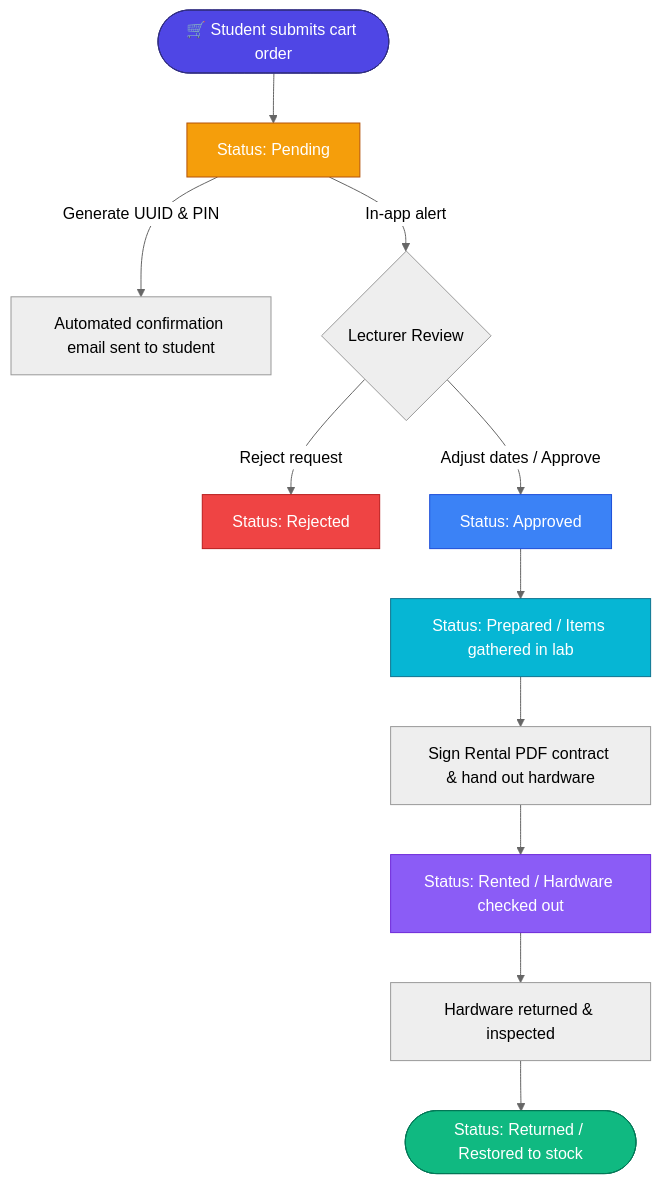
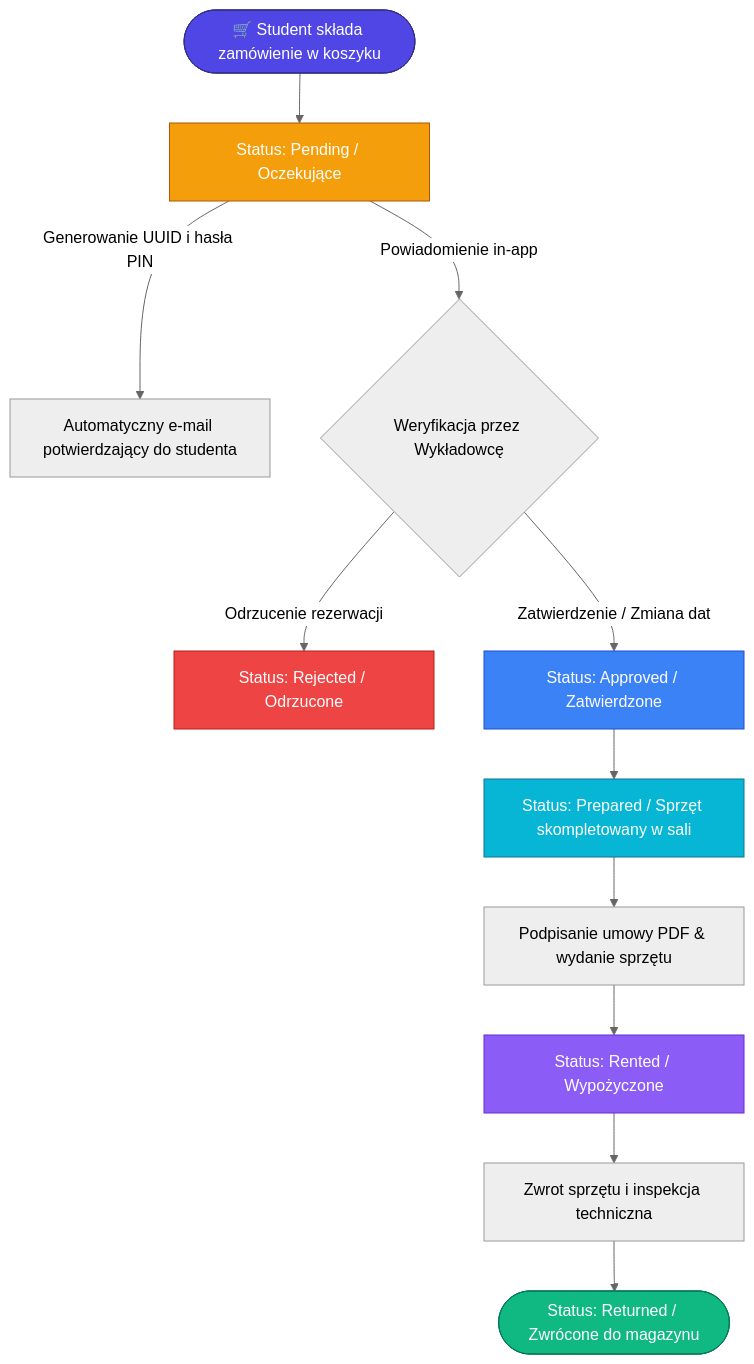
One commit to kkamilll/IoTLab changed the second of 2 diagrams in README.md. Above: the diagram before and after it, drawn with Mermaid (neutral theme). The commit also changed other lines of this file and 86 other files, not shown here.

````diff
--- a/README.md
+++ b/README.md
@@ -180,24 +242,24 @@
 ```mermaid
 flowchart TD
-    A([🛒 Student submits cart order]) --> B[Status: Pending]
-    B -->|Generate UUID & PIN| C[Automated confirmation email sent to student]
-    B -->|In-app alert| D{Lecturer Review}
+    A([🛒 Student składa zamówienie w koszyku]) --> B[Status: Pending / Oczekujące]
+    B -->|Generowanie UUID i hasła PIN| C[Automatyczny e-mail potwierdzający do studenta]
+    B -->|Powiadomienie in-app| D{Weryfikacja przez Wykładowcę}
     
-    D -->|Reject request| E[Status: Rejected]
-    D -->|Adjust dates / Approve| F[Status: Approved]
+    D -->|Odrzucenie rezerwacji| E[Status: Rejected / Odrzucone]
+    D -->|Zatwierdzenie / Zmiana dat| F[Status: Approved / Zatwierdzone]
     
-    F --> G[Status: Prepared / Items gathered in lab]
-    G --> H[Sign Rental PDF contract & hand out hardware]
-    H --> I[Status: Rented / Hardware checked out]
+    F --> G[Status: Prepared / Sprzęt skompletowany w sali]
+    G --> H[Podpisanie umowy PDF & wydanie sprzętu]
+    H --> I[Status: Rented / Wypożyczone]
     
-    I --> J[Hardware returned & inspected]
-    J --> K([Status: Returned / Restored to stock])
+    I --> J[Zwrot sprzętu i inspekcja techniczna]
+    J --> K([Status: Returned / Zwrócone do magazynu])
 
     style A fill:#4f46e5,stroke:#312e81,color:#fff
     style B fill:#f59e0b,stroke:#b45309,color:#fff
     style F fill:#3b82f6,stroke:#1d4ed8,color:#fff
     style G fill:#06b6d4,stroke:#0e7490,color:#fff
     style I fill:#8b5cf6,stroke:#6d28d9,color:#fff
     style K fill:#10b981,stroke:#047857,color:#fff
     style E fill:#ef4444,stroke:#b91c1c,color:#fff
 ```
````
